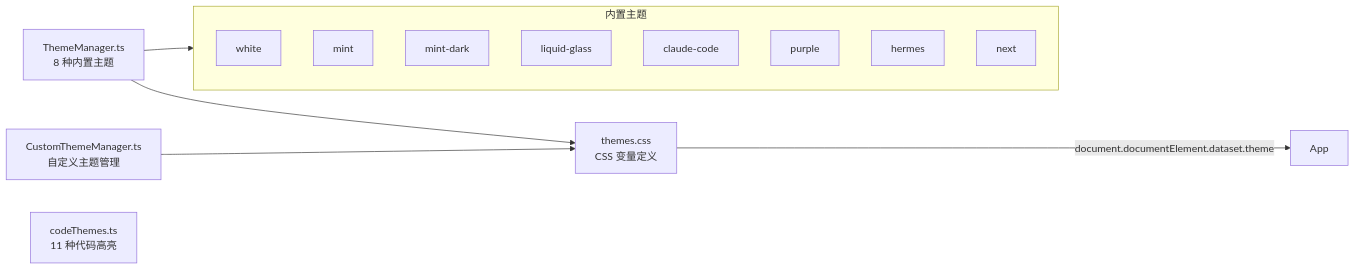
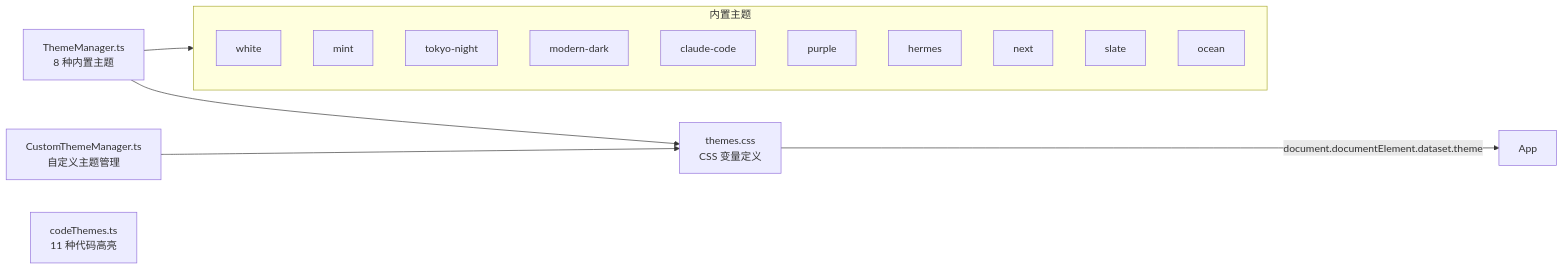
The third of 14 diagrams in docs/technical-architecture.md (zuorn/Tydora), drawn with Mermaid before and after one commit. The commit also changed 10 other files, not shown here.

````diff
--- a/docs/technical-architecture.md
+++ b/docs/technical-architecture.md
@@ -181,24 +181,26 @@
 ```mermaid
 graph LR
     ThemeManager[ThemeManager.ts<br/>8 种内置主题]
     CustomThemeManager[CustomThemeManager.ts<br/>自定义主题管理]
     themesCSS[themes.css<br/>CSS 变量定义]
     codeThemes[codeThemes.ts<br/>11 种代码高亮]
     
     ThemeManager --> themesCSS
     CustomThemeManager --> themesCSS
     themesCSS -->|document.documentElement.dataset.theme| App
     
     subgraph BuiltinThemes["内置主题"]
         White[white]
         Mint[mint]
-        MintDark[mint-dark]
-        LiquidGlass[liquid-glass]
+        TokyoNight[tokyo-night]
+        ModernDark[modern-dark]
         ClaudeCode[claude-code]
         Purple[purple]
         Hermes[hermes]
         Next[next]
+        Slate[slate]
+        Ocean[ocean]
     end
     
     ThemeManager --> BuiltinThemes
 ```
````
